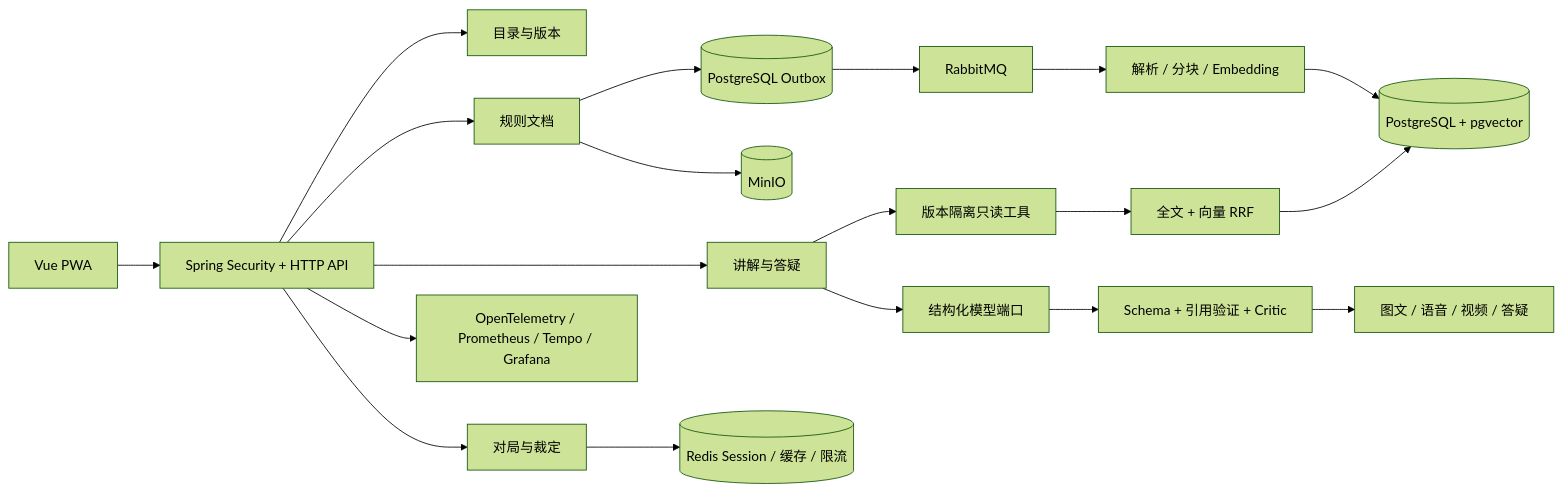
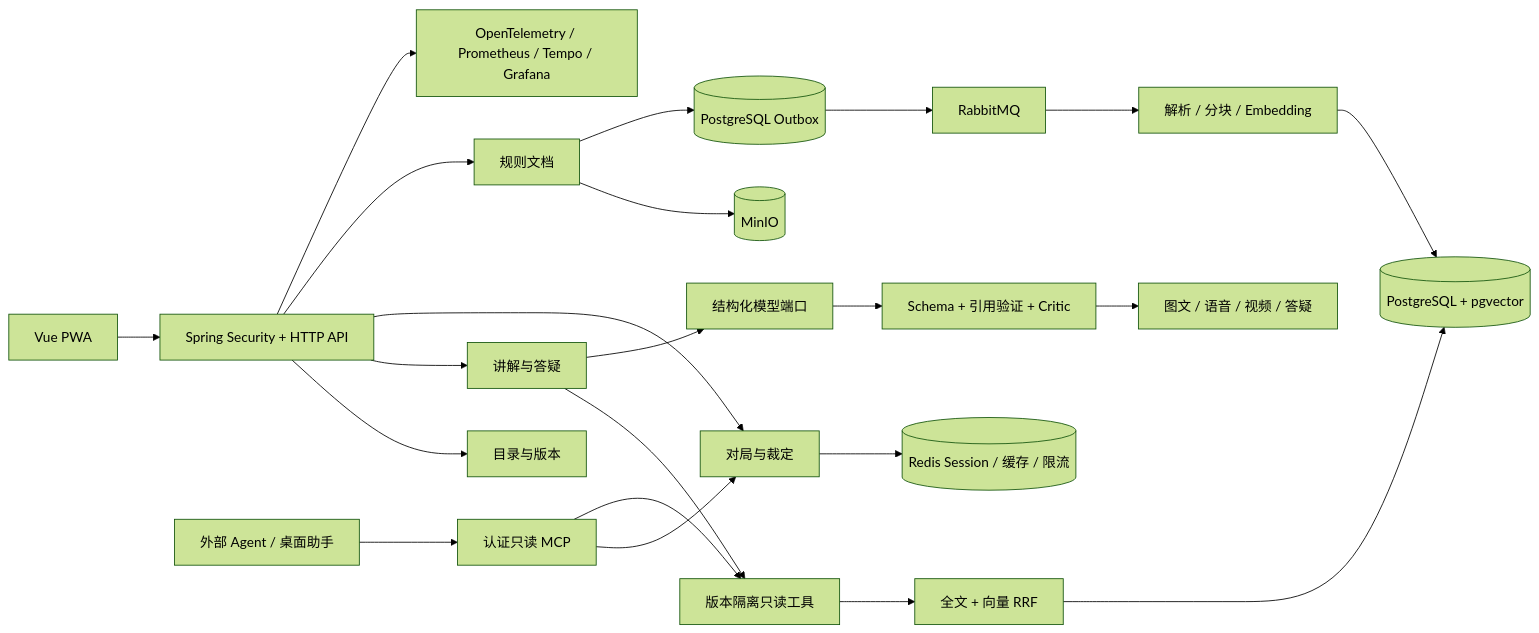
The diagram in README.md (ZhenFan1996/rulepilot), drawn with Mermaid (forest theme) before and after one commit. The commit also changed other lines of this file and 9 other files, not shown here.

````diff
--- a/README.md
+++ b/README.md
@@ -70,21 +70,24 @@
 ```mermaid
 flowchart LR
     UI[Vue PWA] --> API[Spring Security + HTTP API]
+    External[外部 Agent / 桌面助手] --> MCP[认证只读 MCP]
+    MCP --> Session
+    MCP --> Tool
     API --> Catalog[目录与版本]
     API --> Teaching[讲解与答疑]
     API --> Session[对局与裁定]
     API --> Document[规则文档]
     Document --> MinIO[(MinIO)]
     Document --> Outbox[(PostgreSQL Outbox)]
     Outbox --> MQ[RabbitMQ]
     MQ --> Pipeline[解析 / 分块 / Embedding]
     Pipeline --> Rules[(PostgreSQL + pgvector)]
     Teaching --> Tool[版本隔离只读工具]
     Tool --> Hybrid[全文 + 向量 RRF]
     Hybrid --> Rules
     Teaching --> Model[结构化模型端口]
     Model --> Guard[Schema + 引用验证 + Critic]
     Guard --> Lesson[图文 / 语音 / 视频 / 答疑]
     Session --> Redis[(Redis Session / 缓存 / 限流)]
     API --> Telemetry[OpenTelemetry / Prometheus / Tempo / Grafana]
 ```
````
